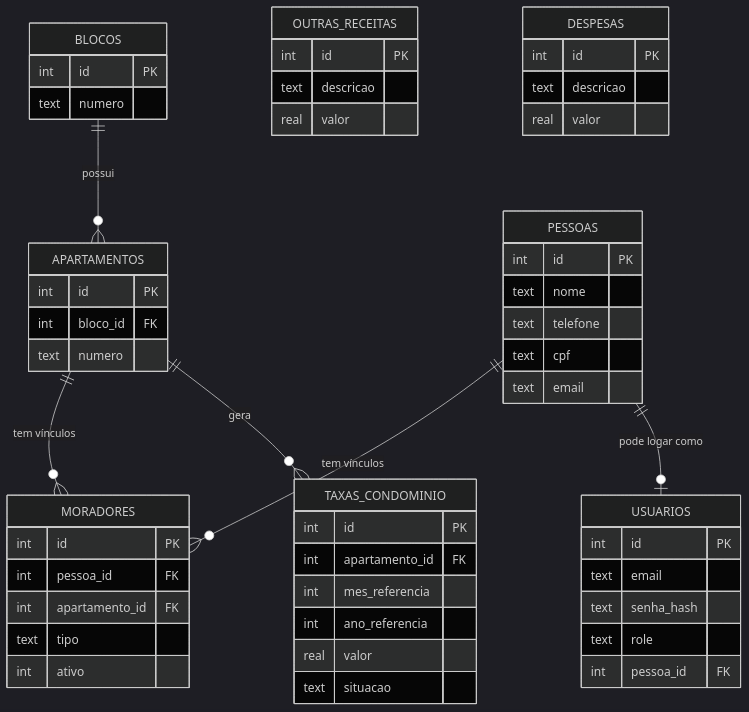
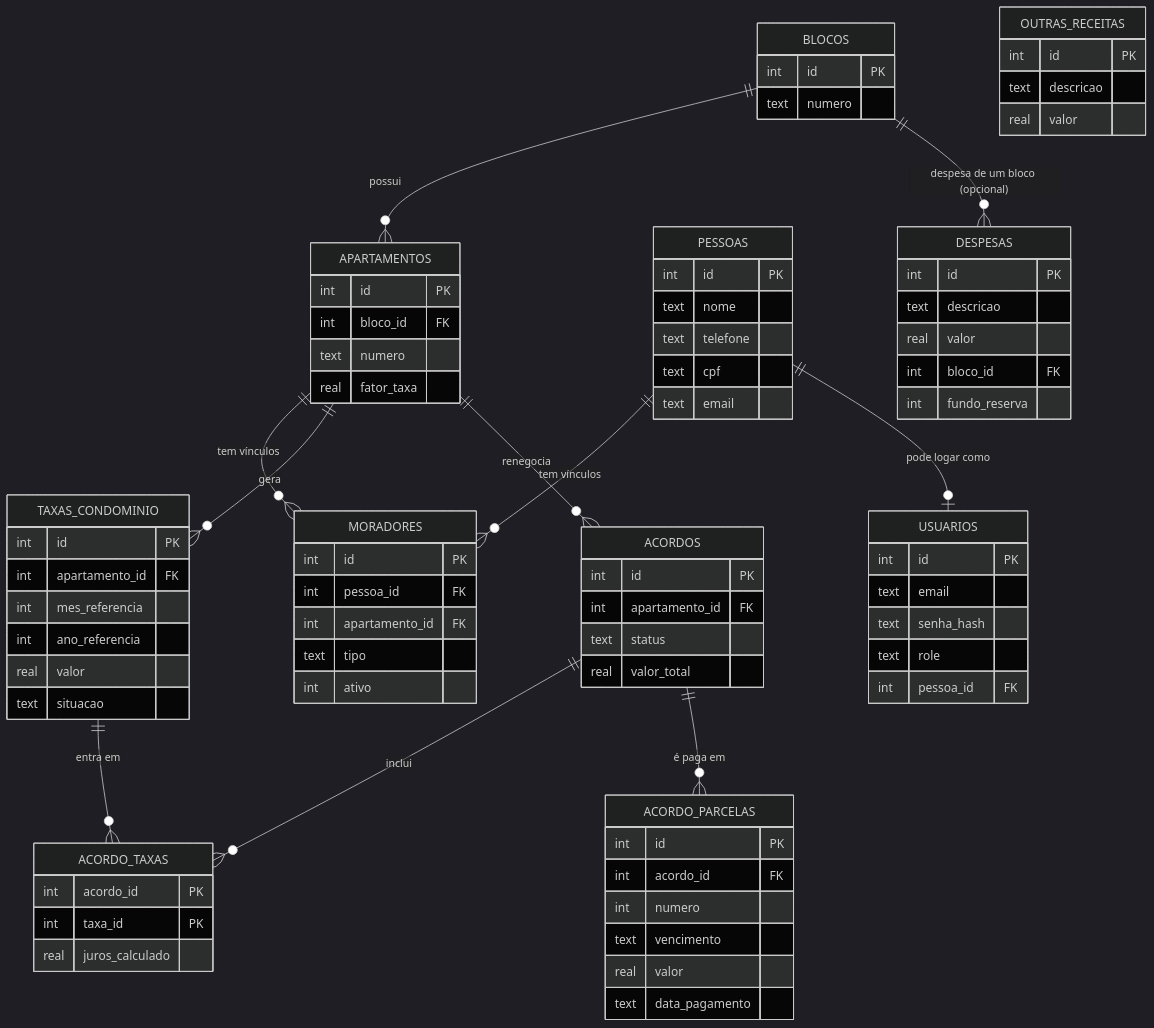
One commit to AndersonLeonyDeveloper/projetoMdl changed the diagram in regras-de-negocio/modelagem-dados.md. Above: the diagram before and after it, drawn with Mermaid (dark theme). The commit also changed other lines of this file and 2 other files, not shown here.

First line of the commit message:
Document the data model changes, add backlog items for the deferred limitations and list the screens

````diff
--- a/regras-de-negocio/modelagem-dados.md
+++ b/regras-de-negocio/modelagem-dados.md
@@ -15,6 +15,11 @@
     PESSOAS ||--o{ MORADORES : "tem vínculos"
     APARTAMENTOS ||--o{ MORADORES : "tem vínculos"
     APARTAMENTOS ||--o{ TAXAS_CONDOMINIO : gera
+    BLOCOS ||--o{ DESPESAS : "despesa de um bloco (opcional)"
+    APARTAMENTOS ||--o{ ACORDOS : renegocia
+    ACORDOS ||--o{ ACORDO_TAXAS : inclui
+    TAXAS_CONDOMINIO ||--o{ ACORDO_TAXAS : "entra em"
+    ACORDOS ||--o{ ACORDO_PARCELAS : "é paga em"
     PESSOAS ||--o| USUARIOS : "pode logar como"
 
     BLOCOS {
@@ -25,6 +30,7 @@
         int id PK
         int bloco_id FK
         text numero
+        real fator_taxa
     }
     PESSOAS {
         int id PK
@@ -64,5 +70,26 @@
         int id PK
         text descricao
         real valor
+        int bloco_id FK
+        int fundo_reserva
+    }
+    ACORDOS {
+        int id PK
+        int apartamento_id FK
+        text status
+        real valor_total
+    }
+    ACORDO_TAXAS {
+        int acordo_id PK
+        int taxa_id PK
+        real juros_calculado
+    }
+    ACORDO_PARCELAS {
+        int id PK
+        int acordo_id FK
+        int numero
+        text vencimento
+        real valor
+        text data_pagamento
     }
 ```
````
